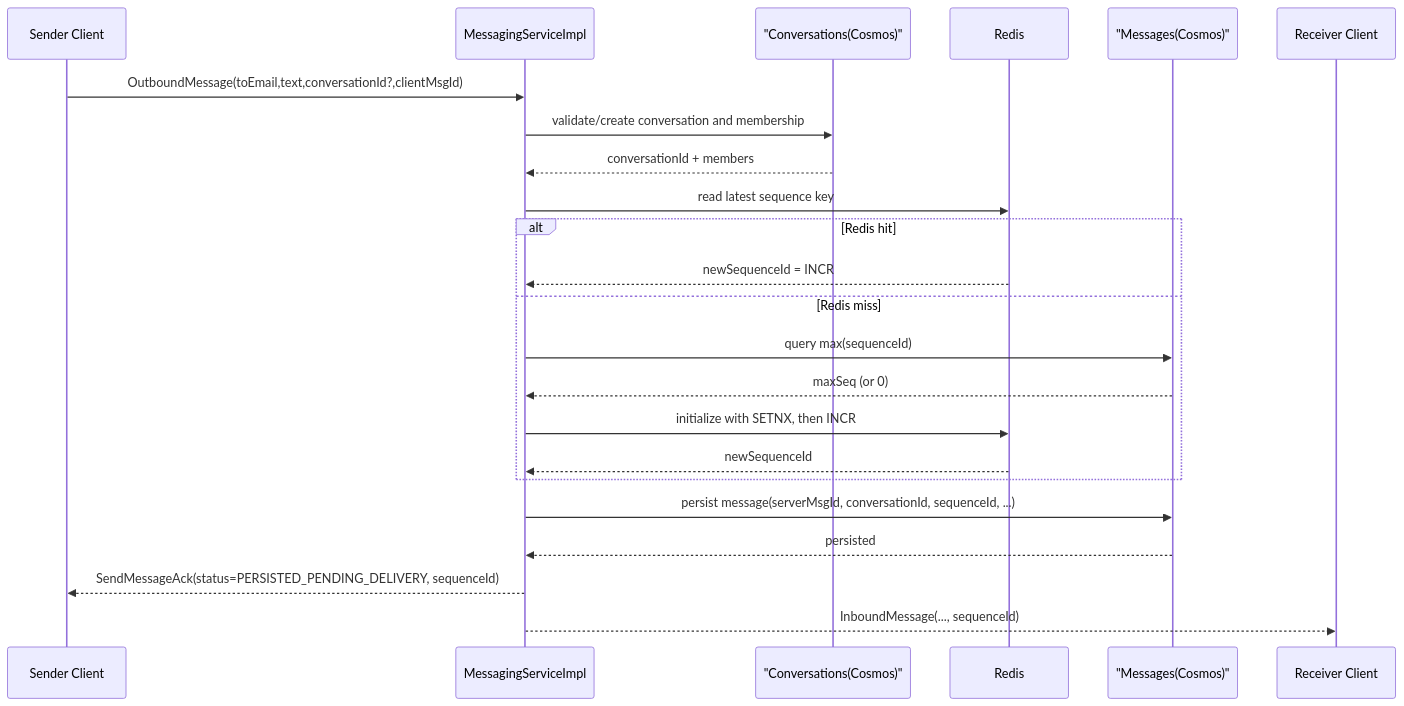
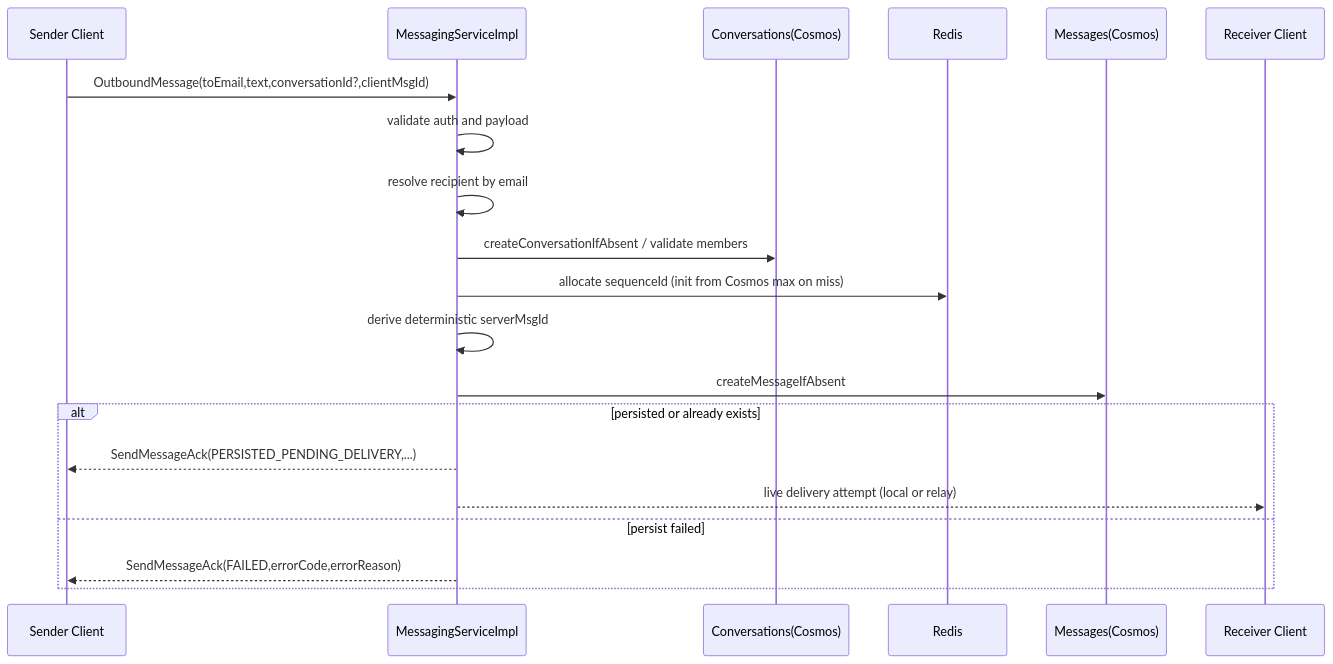
Before and after one commit to Matt1204/distributed-messaging-system: the first of 3 diagrams in specs/message_persistency_design_v2.md, drawn with Mermaid. The commit also changed other lines of this file and 7 other files, not shown here.

````diff
--- a/specs/message_persistency_design_v2.md
+++ b/specs/message_persistency_design_v2.md
@@ -16,28 +19,23 @@
 ```mermaid
 sequenceDiagram
     participant SC as Sender Client
     participant S as MessagingServiceImpl
-    participant CV as "Conversations(Cosmos)"
+    participant C as Conversations(Cosmos)
     participant R as Redis
-    participant M as "Messages(Cosmos)"
+    participant M as Messages(Cosmos)
     participant RC as Receiver Client
 
     SC->>S: OutboundMessage(toEmail,text,conversationId?,clientMsgId)
-    S->>CV: validate/create conversation and membership
-    CV-->>S: conversationId + members
-
-    S->>R: read latest sequence key
-    alt Redis hit
-        R-->>S: newSequenceId = INCR
-    else Redis miss
-        S->>M: query max(sequenceId)
-        M-->>S: maxSeq (or 0)
-        S->>R: initialize with SETNX, then INCR
-        R-->>S: newSequenceId
+    S->>S: validate auth and payload
+    S->>S: resolve recipient by email
+    S->>C: createConversationIfAbsent / validate members
+    S->>R: allocate sequenceId (init from Cosmos max on miss)
+    S->>S: derive deterministic serverMsgId
+    S->>M: createMessageIfAbsent
+    alt persisted or already exists
+        S-->>SC: SendMessageAck(PERSISTED_PENDING_DELIVERY,...)
+        S-->>RC: live delivery attempt (local or relay)
+    else persist failed
+        S-->>SC: SendMessageAck(FAILED,errorCode,errorReason)
     end
-
-    S->>M: persist message(serverMsgId, conversationId, sequenceId, ...)
-    M-->>S: persisted
-    S-->>SC: SendMessageAck(status=PERSISTED_PENDING_DELIVERY, sequenceId)
-    S-->>RC: InboundMessage(..., sequenceId)
 ```
````
